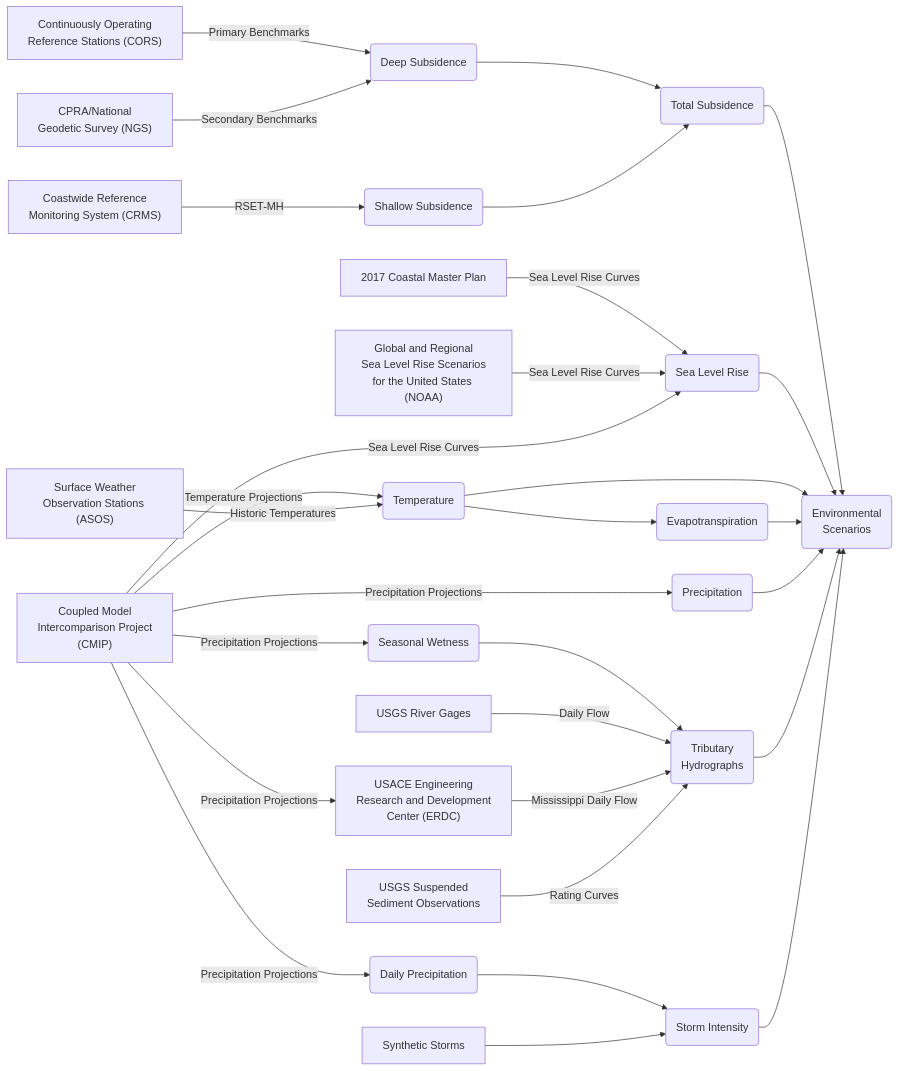
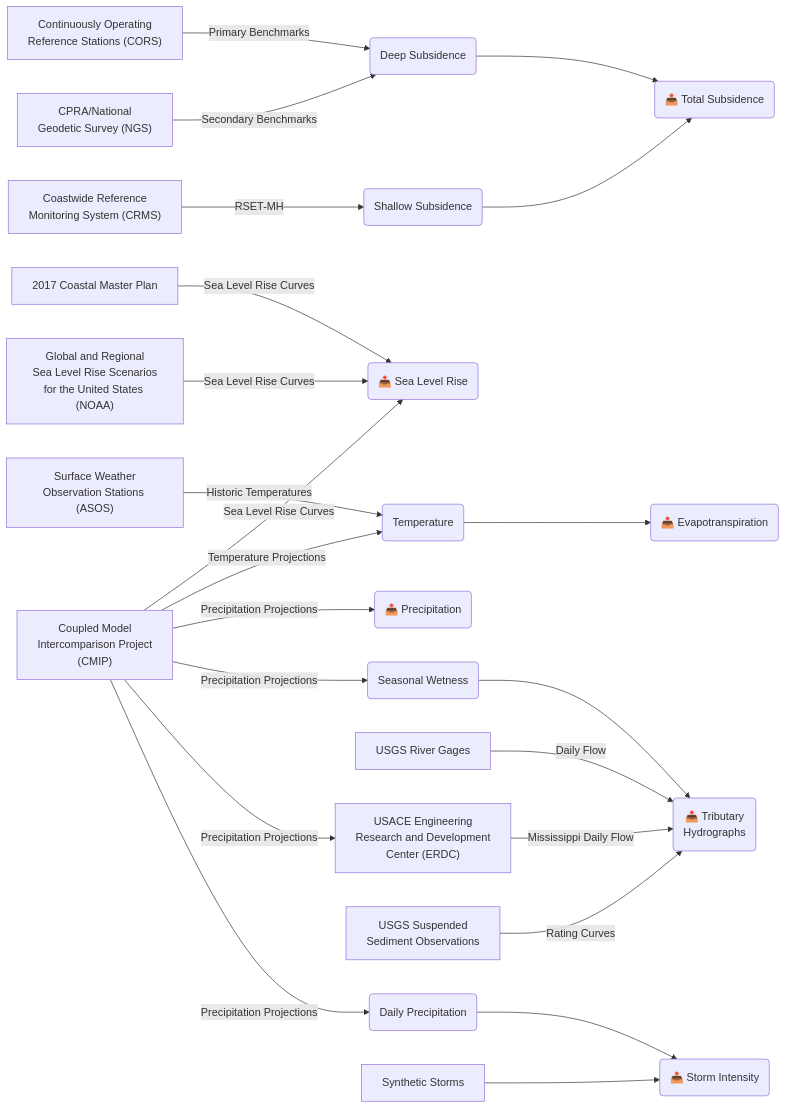
Before and after one commit to pscedu/cpra-documentation: the second of 9 diagrams in README.md, drawn with Mermaid. The commit also changed other lines of this file, not shown here.

Commit message:
feat: add more model icons

````diff
--- a/README.md
+++ b/README.md
@@ -22,30 +23,23 @@
 ```mermaid
 flowchart LR
     CORS["Continuously Operating\nReference Stations (CORS)"] -->|Primary Benchmarks| DS(Deep Subsidence)
     NGS["CPRA/National\nGeodetic Survey (NGS)"] -->|Secondary Benchmarks| DS
     CRMS["Coastwide Reference\nMonitoring System (CRMS)"] -->|RSET-MH| SS(Shallow Subsidence)
-    DS --> TS(Total Subsidence)
+    DS --> TS(📤 Total Subsidence)
     SS --> TS
-    TS --> ES("Environmental\nScenarios")
-    MP2017["2017 Coastal Master Plan"] -->|Sea Level Rise Curves| SLR(Sea Level Rise)
+    MP2017["2017 Coastal Master Plan"] -->|Sea Level Rise Curves| SLR(📤 Sea Level Rise)
     NOAA_SLR["Global and Regional\nSea Level Rise Scenarios\nfor the United States (NOAA)"] -->|Sea Level Rise Curves| SLR
     CMIP["Coupled Model\nIntercomparison Project\n(CMIP)"] -->|Sea Level Rise Curves| SLR
-    SLR --> ES
     CMIP -->|Temperature Projections| Temp(Temperature)
     ASOS["Surface Weather\nObservation Stations (ASOS)"] -->|Historic Temperatures| Temp
-    Temp --> ES
-    Temp --> PET(Evapotranspiration)
-    PET --> ES
-    CMIP -->|Precipitation Projections| Precip(Precipitation)
-    Precip --> ES
+    Temp --> PET(📤 Evapotranspiration)
+    CMIP -->|Precipitation Projections| Precip(📤 Precipitation)
     CMIP -->|Precipitation Projections| SW(Seasonal Wetness)
-    SW --> TH(Tributary\nHydrographs)
-    TH --> ES
+    SW --> TH(📤 Tributary\nHydrographs)
     USGS_Gages["USGS River Gages"] -->|Daily Flow| TH
     CMIP -->|Precipitation Projections| ERDC["USACE Engineering\nResearch and Development\nCenter (ERDC)"] -->|Mississippi Daily Flow| TH
     USGS_SS["USGS Suspended\nSediment Observations"] -->|Rating Curves| TH
     CMIP -->|Precipitation Projections| DP(Daily Precipitation)
-    DP --> SI("Storm Intensity")
-    SStorm["Synthetic Storms"] --> SI
-    SI --> ES
+    DP --> SI(📤 Storm Intensity)
+    SStorm[Synthetic Storms] --> SI
 ```
````
